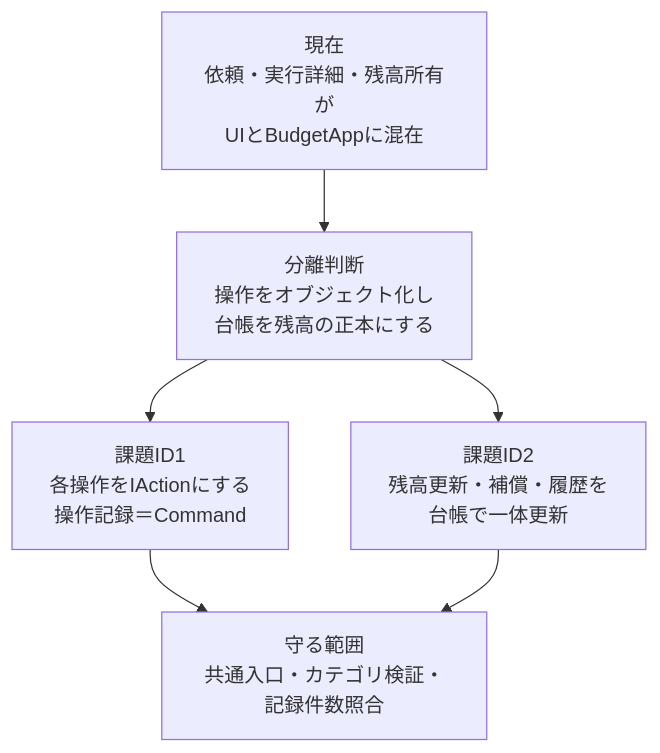
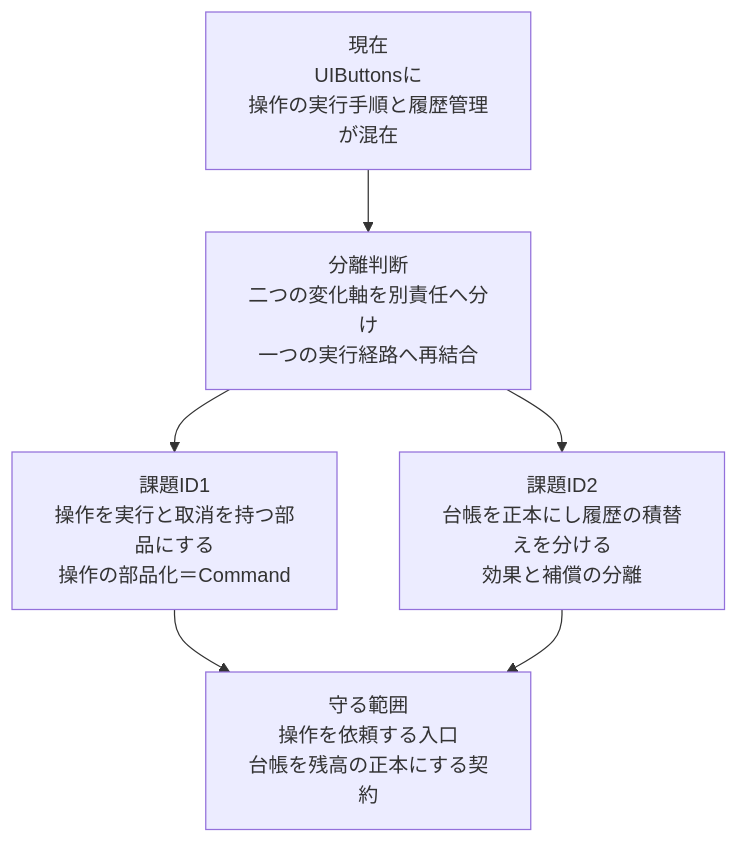
The tenth of 19 diagrams in kindle/design-patterns/output/chapter05.md (kumachan1101-pixel/DesignPattern), drawn with Mermaid before and after one commit. The commit also changed other lines of this file, not shown here.

````diff
--- a/kindle/design-patterns/output/chapter05.md
+++ b/kindle/design-patterns/output/chapter05.md
@@ -1395,8 +1395,8 @@
 ```mermaid
 flowchart TB
-    A[現在<br/>依頼・実行詳細・残高所有が<br/>UIとBudgetAppに混在] --> B[分離判断<br/>操作をオブジェクト化し<br/>台帳を残高の正本にする]
-    B --> C[課題ID1<br/>各操作をIActionにする<br/>操作記録＝Command]
-    B --> D[課題ID2<br/>残高更新・補償・履歴を<br/>台帳で一体更新]
-    C --> E[守る範囲<br/>共通入口・カテゴリ検証・記録件数照合]
+    A[現在<br/>UIButtonsに<br/>操作の実行手順と履歴管理が混在] --> B[分離判断<br/>二つの変化軸を別責任へ分け<br/>一つの実行経路へ再結合]
+    B --> C[課題ID1<br/>操作を実行と取消を持つ部品にする<br/>操作の部品化＝Command]
+    B --> D[課題ID2<br/>台帳を正本にし履歴の積替えを分ける<br/>効果と補償の分離]
+    C --> E[守る範囲<br/>操作を依頼する入口<br/>台帳を残高の正本にする契約]
     D --> E
 ```
````
